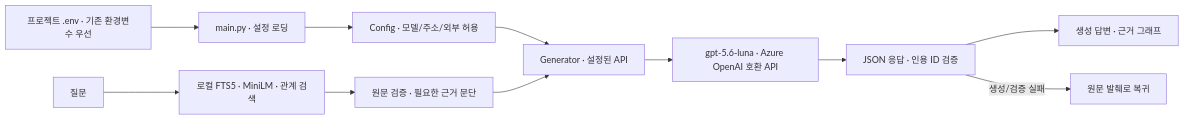
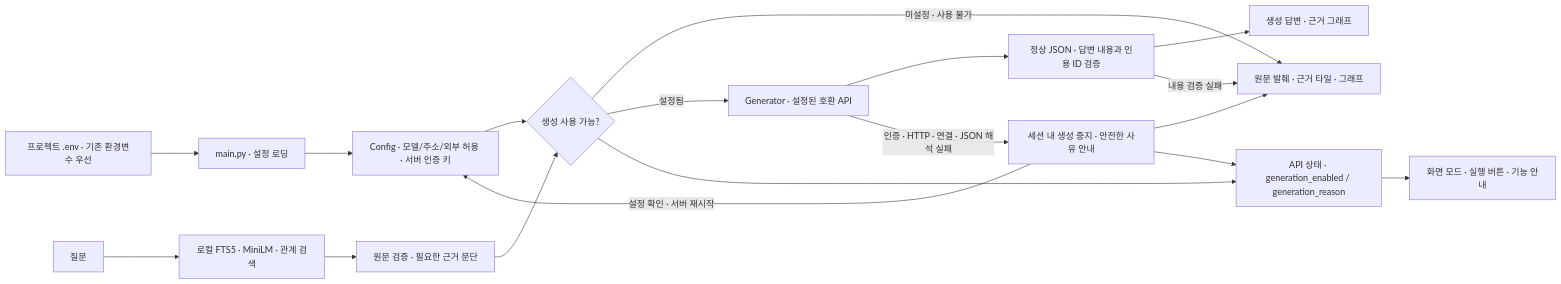
Before and after one commit to espseongsm/obsi-onto: the eighth of 15 diagrams in docs/architecture.md, drawn with Mermaid. The commit also changed other lines of this file and 88 other files, not shown here.

````diff
--- a/docs/architecture.md
+++ b/docs/architecture.md
@@ -130,13 +182,20 @@
 ```mermaid
 flowchart LR
   ENV[프로젝트 .env · 기존 환경변수 우선] --> MAIN[main.py · 설정 로딩]
-  MAIN --> C[Config · 모델/주소/외부 허용]
+  MAIN --> C[Config · 모델/주소/외부 허용 · 서버 인증 키]
   Q[질문] --> S[로컬 FTS5 · MiniLM · 관계 검색]
   S --> V[원문 검증 · 필요한 근거 문단]
-  C --> G[Generator · 설정된 API]
-  V --> G
-  G --> L[gpt-5.6-luna · Azure OpenAI 호환 API]
-  L --> J[JSON 응답 · 인용 ID 검증]
+  C --> ENABLED{생성 사용 가능?}
+  V --> ENABLED
+  ENABLED -->|미설정 · 사용 불가| F[원문 발췌 · 근거 타일 · 그래프]
+  ENABLED -->|설정됨| G[Generator · 설정된 호환 API]
+  G --> J[정상 JSON · 답변 내용과 인용 ID 검증]
   J --> UI[생성 답변 · 근거 그래프]
-  J -->|생성/검증 실패| F[원문 발췌로 복귀]
+  J -->|내용 검증 실패| F
+  G -->|인증 · HTTP · 연결 · JSON 해석 실패| STOP[세션 내 생성 중지 · 안전한 사유 안내]
+  STOP --> F
+  STOP -->|설정 확인 · 서버 재시작| C
+  STATUS[API 상태 · generation_enabled / generation_reason] --> MODE[화면 모드 · 실행 버튼 · 기능 안내]
+  ENABLED --> STATUS
+  STOP --> STATUS
 ```
````
